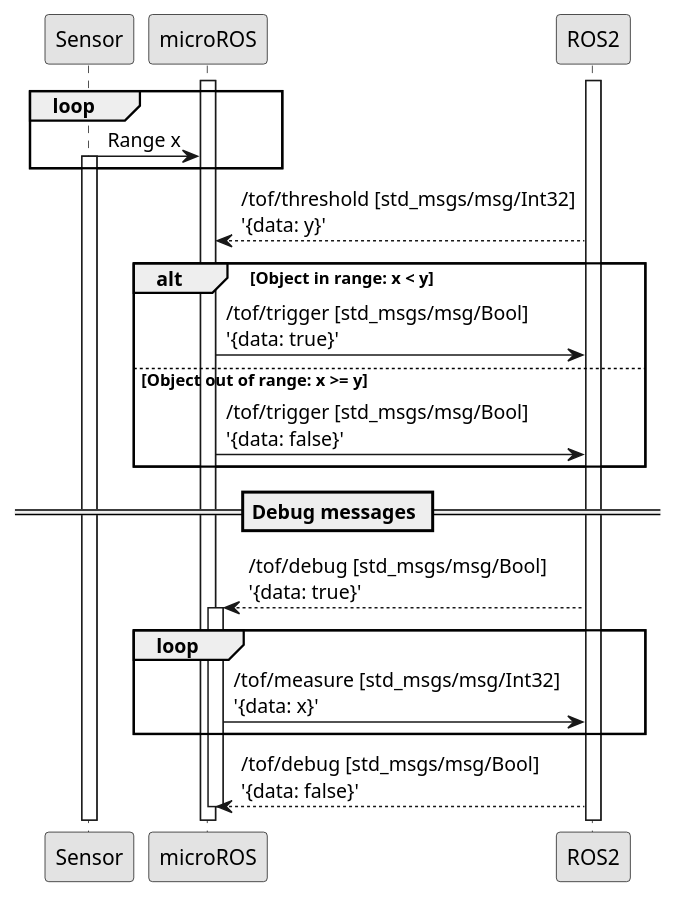
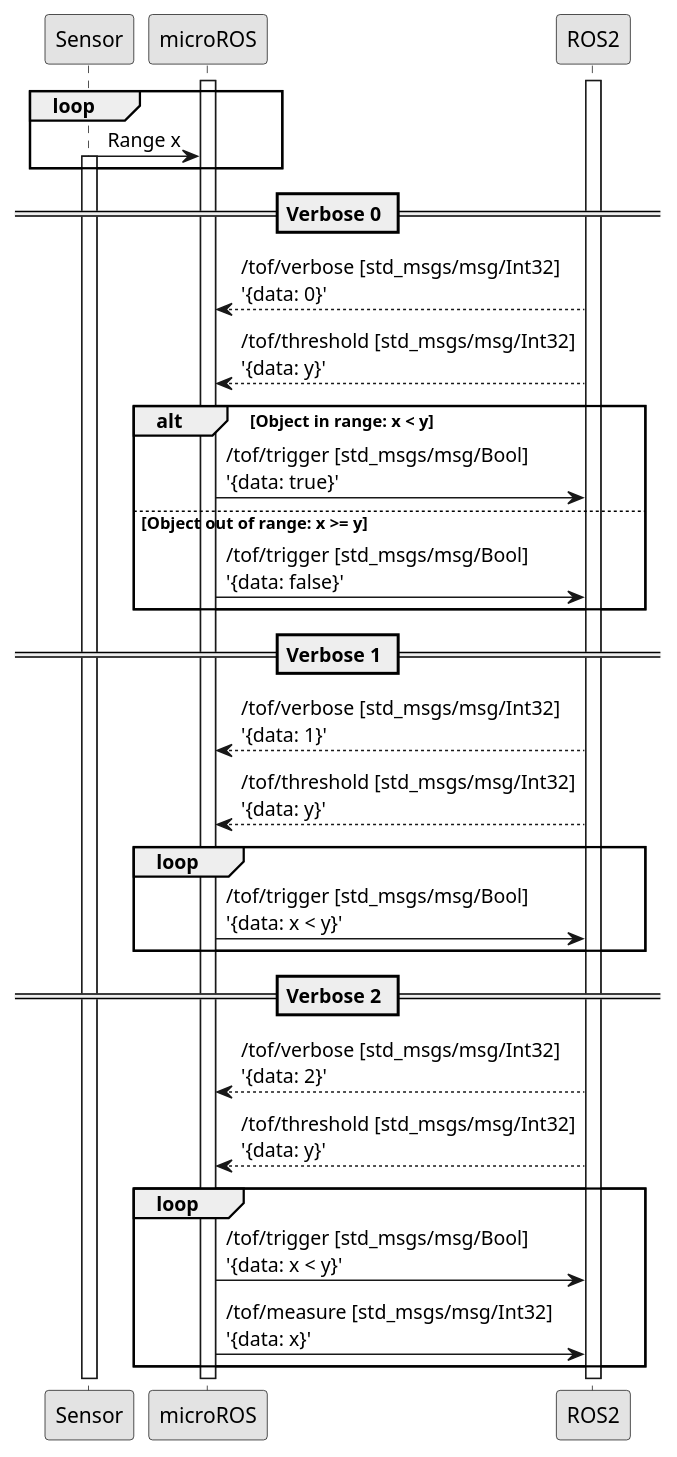
Before and after one commit to micro-ROS/zephyr_apps: the diagram in doc/tof_sequence.puml, drawn with PlantUML. The commit also changed 2 other files, not shown here.

```diff
--- a/doc/tof_sequence.puml
+++ b/doc/tof_sequence.puml
@@ -1,29 +1,37 @@
 @startuml
 skinparam monochrome true
 
 participant Sensor as s
 participant microROS as uros
 participant ROS2 as ros
 
 
 activate uros
 activate ros
 loop
     s -> uros: Range x
     activate s
 end
+    == Verbose 0 ==
+    uros <-- ros: /tof/verbose [std_msgs/msg/Int32]\n'{data: 0}'
     uros <-- ros: /tof/threshold [std_msgs/msg/Int32]\n'{data: y}'
     alt Object in range: x < y
         uros -> ros: /tof/trigger [std_msgs/msg/Bool]\n'{data: true}'
     else Object out of range: x >= y
         uros -> ros: /tof/trigger [std_msgs/msg/Bool]\n'{data: false}'
     end
-    == Debug messages ==
-    uros <-- ros: /tof/debug [std_msgs/msg/Bool]\n'{data: true}'
-    activate uros
-    loop
-    uros -> ros: /tof/measure [std_msgs/msg/Int32]\n'{data: x}'
+    == Verbose 1 ==
+    uros <-- ros: /tof/verbose [std_msgs/msg/Int32]\n'{data: 1}'
+    uros <-- ros: /tof/threshold [std_msgs/msg/Int32]\n'{data: y}'
+    loop 
+        uros -> ros: /tof/trigger [std_msgs/msg/Bool]\n'{data: x < y}'
     end
-    uros <-- ros: /tof/debug [std_msgs/msg/Bool]\n'{data: false}'
-    deactivate uros
+    == Verbose 2 ==
+    uros <-- ros: /tof/verbose [std_msgs/msg/Int32]\n'{data: 2}'
+    uros <-- ros: /tof/threshold [std_msgs/msg/Int32]\n'{data: y}'
+    loop 
+        uros -> ros: /tof/trigger [std_msgs/msg/Bool]\n'{data: x < y}'
+        uros -> ros: /tof/measure [std_msgs/msg/Int32]\n'{data: x}'
+
+    end
 @enduml
```
